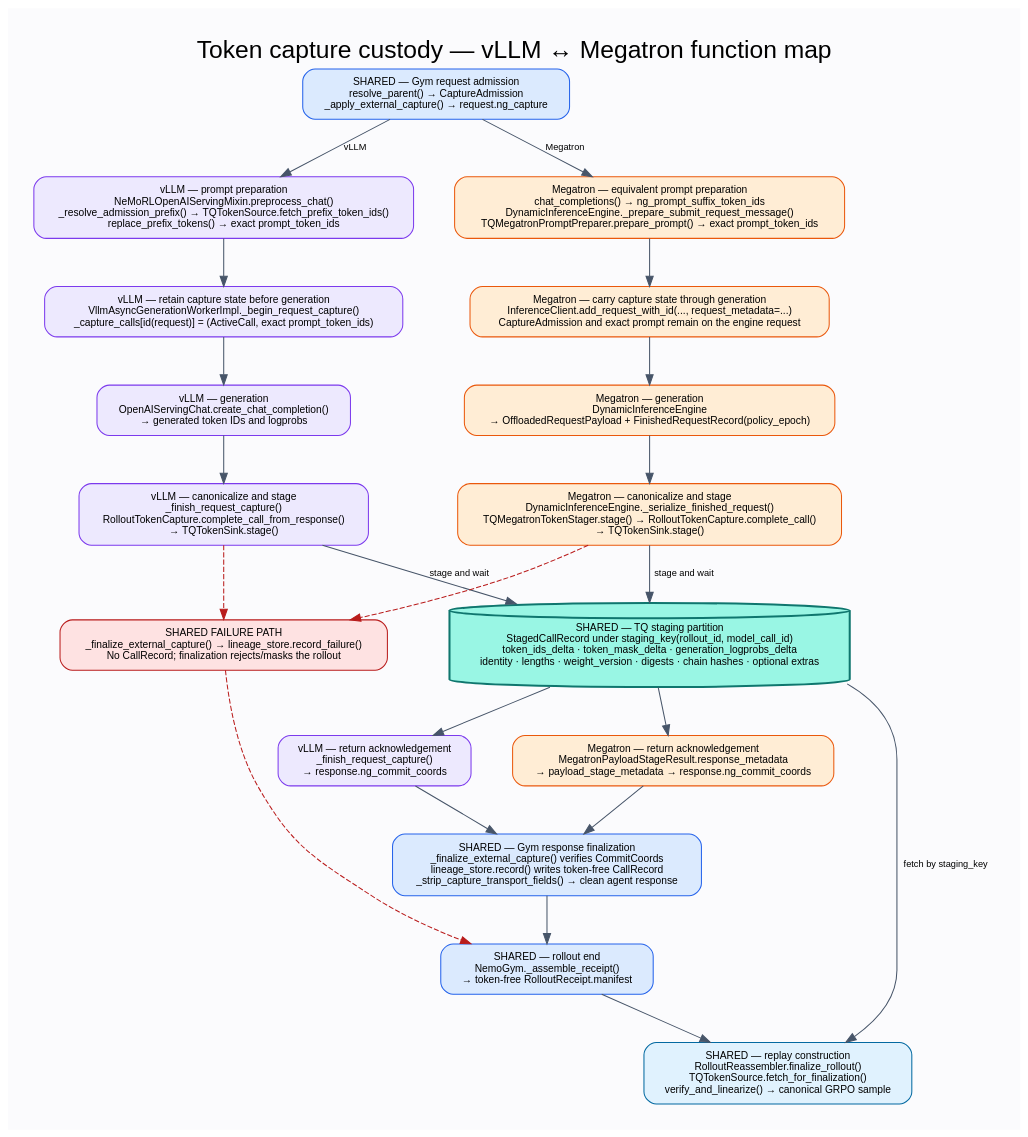
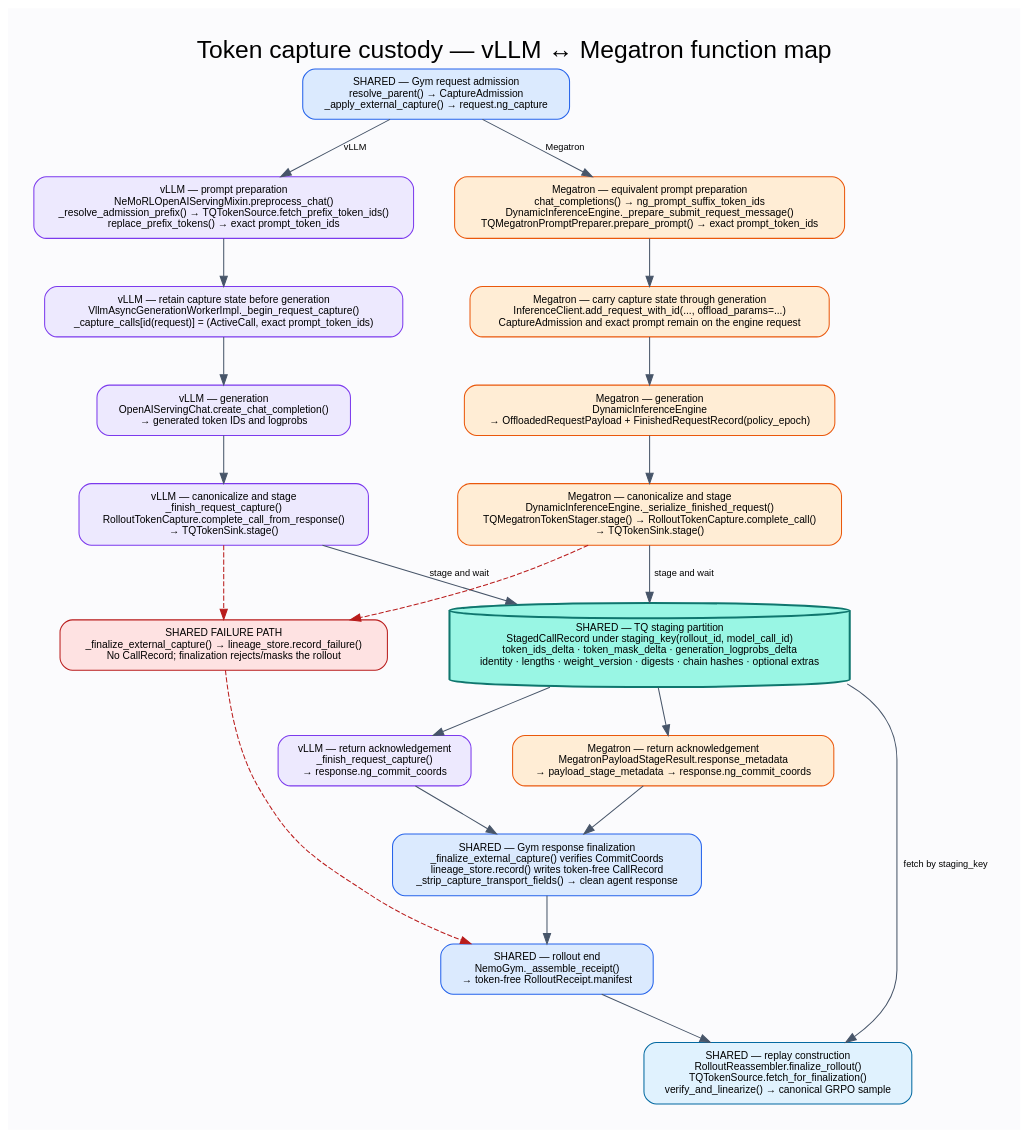
Before and after one commit to NVIDIA-NeMo/RL: the diagram in docs/assets/token-capture-ledger-queue-data-flow.dot, drawn with Graphviz. The commit also changed 2 other files, not shown here.

Commit message:
refactor(token-capture): rename the MInf request_metadata kwarg to offload_params
Megatron Inference renamed the opaque per-request dict it forwards to the
payload stager and prompt preparer (NVIDIA/Megatron-LM PR #7015); follow it
on the TQMegatronPromptPreparer / TQMegatronTokenStager side.

```diff
--- a/docs/assets/token-capture-ledger-queue-data-flow.dot
+++ b/docs/assets/token-capture-ledger-queue-data-flow.dot
@@ -1,153 +1,153 @@
 digraph token_capture_flow {
   graph [
     rankdir=TB,
     bgcolor="#fbfbfd",
     pad="0.35",
     nodesep="0.55",
     ranksep="0.62",
     fontname="Helvetica",
     labelloc="t",
     label="Token capture custody — vLLM ↔ Megatron function map",
     fontsize=24
   ];
 
   node [
     shape=box,
     style="rounded,filled",
     fillcolor="white",
     color="#475569",
     fontname="Helvetica",
     fontsize=10,
     margin="0.16,0.11"
   ];
   edge [color="#475569", fontname="Helvetica", fontsize=9];
 
   gym_admit [
     color="#2563eb",
     fillcolor="#dbeafe",
     label="SHARED — Gym request admission\nresolve_parent() → CaptureAdmission\n_apply_external_capture() → request.ng_capture"
   ];
 
   vllm_prepare [
     group="left",
     color="#7c3aed",
     fillcolor="#ede9fe",
     label="vLLM — prompt preparation\nNeMoRLOpenAIServingMixin.preprocess_chat()\n_resolve_admission_prefix() → TQTokenSource.fetch_prefix_token_ids()\nreplace_prefix_tokens() → exact prompt_token_ids"
   ];
   megatron_prepare [
     group="right",
     color="#ea580c",
     fillcolor="#ffedd5",
     label="Megatron — equivalent prompt preparation\nchat_completions() → ng_prompt_suffix_token_ids\nDynamicInferenceEngine._prepare_submit_request_message()\nTQMegatronPromptPreparer.prepare_prompt() → exact prompt_token_ids"
   ];
 
   vllm_admit [
     group="left",
     color="#7c3aed",
     fillcolor="#ede9fe",
     label="vLLM — retain capture state before generation\nVllmAsyncGenerationWorkerImpl._begin_request_capture()\n_capture_calls[id(request)] = (ActiveCall, exact prompt_token_ids)"
   ];
   megatron_admit [
     group="right",
     color="#ea580c",
     fillcolor="#ffedd5",
-    label="Megatron — carry capture state through generation\nInferenceClient.add_request_with_id(..., request_metadata=...)\nCaptureAdmission and exact prompt remain on the engine request"
+    label="Megatron — carry capture state through generation\nInferenceClient.add_request_with_id(..., offload_params=...)\nCaptureAdmission and exact prompt remain on the engine request"
   ];
 
   vllm_generate [
     group="left",
     color="#7c3aed",
     fillcolor="#ede9fe",
     label="vLLM — generation\nOpenAIServingChat.create_chat_completion()\n→ generated token IDs and logprobs"
   ];
   megatron_generate [
     group="right",
     color="#ea580c",
     fillcolor="#ffedd5",
     label="Megatron — generation\nDynamicInferenceEngine\n→ OffloadedRequestPayload + FinishedRequestRecord(policy_epoch)"
   ];
 
   vllm_capture [
     group="left",
     color="#7c3aed",
     fillcolor="#ede9fe",
     label="vLLM — canonicalize and stage\n_finish_request_capture()\nRolloutTokenCapture.complete_call_from_response()\n→ TQTokenSink.stage()"
   ];
   megatron_capture [
     group="right",
     color="#ea580c",
     fillcolor="#ffedd5",
     label="Megatron — canonicalize and stage\nDynamicInferenceEngine._serialize_finished_request()\nTQMegatronTokenStager.stage() → RolloutTokenCapture.complete_call()\n→ TQTokenSink.stage()"
   ];
 
   tq_staging [
     shape=cylinder,
     color="#0f766e",
     fillcolor="#99f6e4",
     penwidth=2,
     label="SHARED — TQ staging partition\nStagedCallRecord under staging_key(rollout_id, model_call_id)\ntoken_ids_delta · token_mask_delta · generation_logprobs_delta\nidentity · lengths · weight_version · digests · chain hashes · optional extras"
   ];
 
   vllm_coords [
     group="left",
     color="#7c3aed",
     fillcolor="#ede9fe",
     label="vLLM — return acknowledgement\n_finish_request_capture()\n→ response.ng_commit_coords"
   ];
   megatron_coords [
     group="right",
     color="#ea580c",
     fillcolor="#ffedd5",
     label="Megatron — return acknowledgement\nMegatronPayloadStageResult.response_metadata\n→ payload_stage_metadata → response.ng_commit_coords"
   ];
 
   gym_commit [
     color="#2563eb",
     fillcolor="#dbeafe",
     label="SHARED — Gym response finalization\n_finalize_external_capture() verifies CommitCoords\nlineage_store.record() writes token-free CallRecord\n_strip_capture_transport_fields() → clean agent response"
   ];
 
   capture_failure [
     color="#b91c1c",
     fillcolor="#fee2e2",
     label="SHARED FAILURE PATH\n_finalize_external_capture() → lineage_store.record_failure()\nNo CallRecord; finalization rejects/masks the rollout"
   ];
 
   receipt [
     color="#2563eb",
     fillcolor="#dbeafe",
     label="SHARED — rollout end\nNemoGym._assemble_receipt()\n→ token-free RolloutReceipt.manifest"
   ];
 
   finalizer [
     color="#0369a1",
     fillcolor="#e0f2fe",
     label="SHARED — replay construction\nRolloutReassembler.finalize_rollout()\nTQTokenSource.fetch_for_finalization()\nverify_and_linearize() → canonical GRPO sample"
   ];
 
   gym_admit -> vllm_prepare [label="vLLM"];
   gym_admit -> megatron_prepare [label="Megatron"];
   vllm_prepare -> vllm_admit;
   megatron_prepare -> megatron_admit;
   vllm_admit -> vllm_generate;
   megatron_admit -> megatron_generate;
   vllm_generate -> vllm_capture;
   megatron_generate -> megatron_capture;
   vllm_capture -> tq_staging [label="stage and wait"];
   megatron_capture -> tq_staging [label="stage and wait"];
   tq_staging -> vllm_coords;
   tq_staging -> megatron_coords;
   vllm_coords -> gym_commit;
   megatron_coords -> gym_commit;
   vllm_capture -> capture_failure [style=dashed, color="#b91c1c"];
   megatron_capture -> capture_failure [style=dashed, color="#b91c1c"];
   gym_commit -> receipt;
   capture_failure -> receipt [style=dashed, color="#b91c1c"];
   receipt -> finalizer;
   finalizer -> tq_staging [label="fetch by staging_key", dir=back];
   { rank=same; vllm_prepare; megatron_prepare; }
   { rank=same; vllm_admit; megatron_admit; }
   { rank=same; vllm_generate; megatron_generate; }
   { rank=same; vllm_capture; megatron_capture; }
   { rank=same; vllm_coords; megatron_coords; }
 }
```
